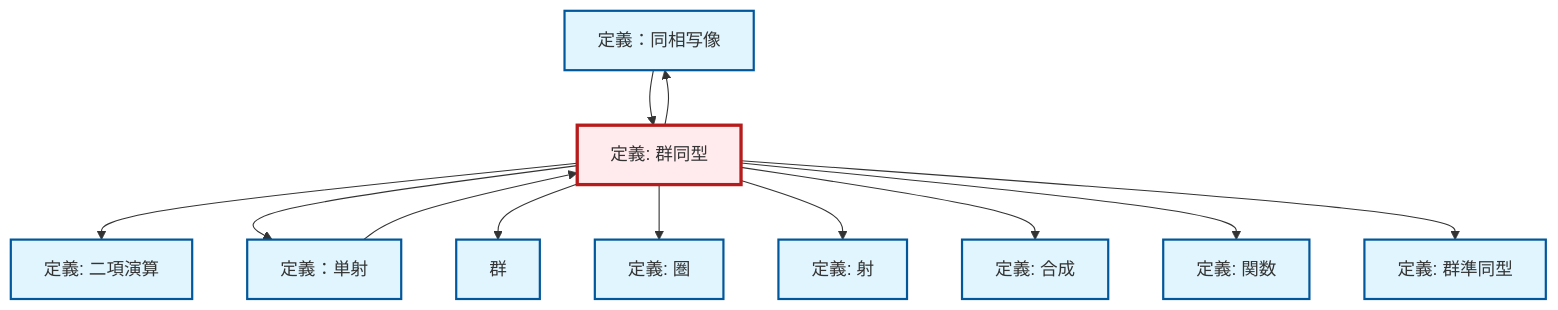
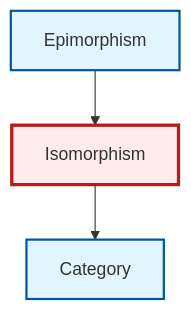
The diagram in content/ja/algebra/def-isomorphism.qmd (RK0429/ModernMath), drawn with Mermaid before and after one commit. The commit also changed 328 other files, not shown here.

````diff
--- a/content/ja/algebra/def-isomorphism.qmd
+++ b/content/ja/algebra/def-isomorphism.qmd
@@ -114,40 +114,17 @@
 ```{mermaid}
 %%| fig-cap: "ローカル依存関係グラフ"
 graph TD
     classDef definition fill:#e1f5fe,stroke:#01579b,stroke-width:2px
     classDef theorem fill:#f3e5f5,stroke:#4a148c,stroke-width:2px
     classDef axiom fill:#fff3e0,stroke:#e65100,stroke-width:2px
     classDef example fill:#e8f5e9,stroke:#1b5e20,stroke-width:2px
     classDef current fill:#ffebee,stroke:#b71c1c,stroke-width:3px
-    def-homeomorphism["定義：同相写像"]:::definition
-    def-binary-operation["定義: 二項演算"]:::definition
-    def-morphism["定義: 射"]:::definition
-    def-isomorphism["定義: 群同型"]:::definition
-    def-function["定義: 関数"]:::definition
-    def-composition["定義: 合成"]:::definition
-    def-homomorphism["定義: 群準同型"]:::definition
-    def-group["群"]:::definition
-    def-category["定義: 圏"]:::definition
-    def-monomorphism["定義：単射"]:::definition
-    def-isomorphism --> def-binary-operation
-    def-isomorphism --> def-monomorphism
-    def-isomorphism --> def-group
+    def-epimorphism["Epimorphism"]:::definition
+    def-category["Category"]:::definition
+    def-isomorphism["Isomorphism"]:::definition
+    def-epimorphism --> def-isomorphism
     def-isomorphism --> def-category
-    def-homeomorphism --> def-isomorphism
-    def-isomorphism --> def-morphism
-    def-monomorphism --> def-isomorphism
-    def-isomorphism --> def-composition
-    def-isomorphism --> def-function
-    def-isomorphism --> def-homeomorphism
-    def-isomorphism --> def-homomorphism
     class def-isomorphism current
-    click def-homeomorphism "def-homeomorphism.html" "定義：同相写像へ"
-    click def-binary-operation "def-binary-operation.html" "二項演算の定義へ"
-    click def-morphism "def-morphism.html" "射の定義へ"
-    click def-function "def-function.html" "関数の定義へ"
-    click def-composition "def-composition.html" "合成の定義へ"
-    click def-homomorphism "def-homomorphism.html" "群準同型の定義へ"
-    click def-group "def-group.html" "群へ"
-    click def-category "def-category.html" "圏の定義へ"
-    click def-monomorphism "def-monomorphism.html" "定義：単射へ"
+    click def-epimorphism "def-epimorphism.html" "Epimorphismへ"
+    click def-category "def-category.html" "Categoryへ"
 ```
````
